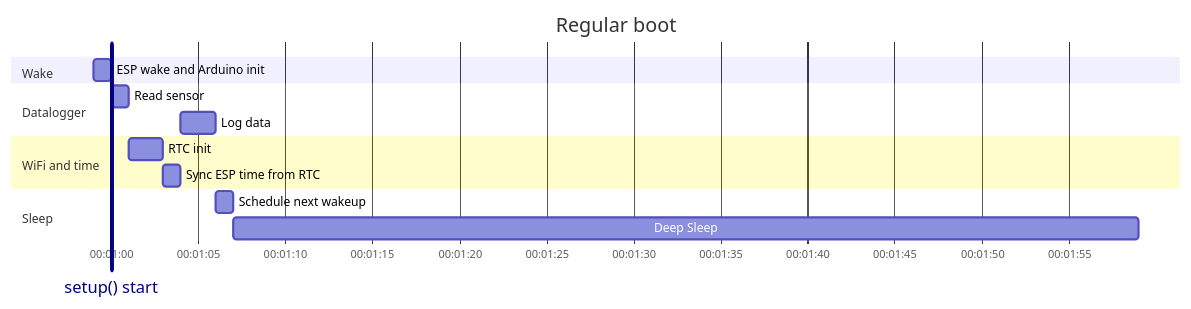
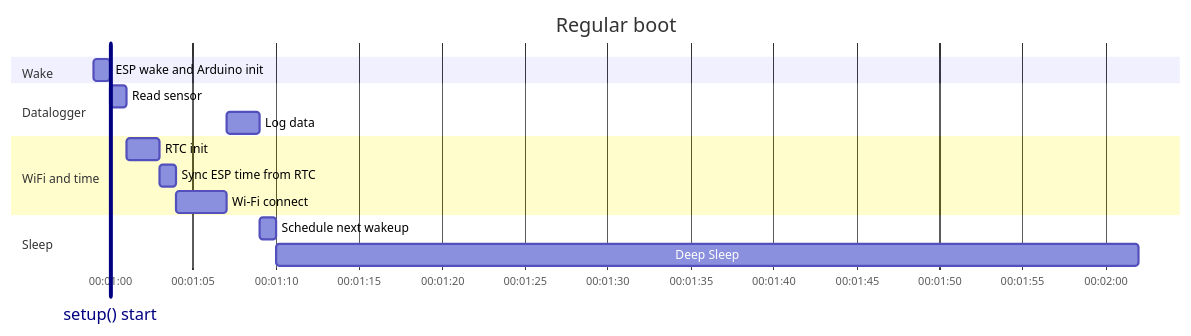
Before and after one commit to hamk-uas/esp32c3-arduino-sensor-iot-skeleton: the second of 3 diagrams in README.md, drawn with Mermaid. The commit also changed other lines of this file, not shown here.

First line of the commit message:
Revise README for log data and Wi-Fi updates

````diff
--- a/README.md
+++ b/README.md
@@ -151,24 +151,25 @@
 ```mermaid
 gantt
     title Regular boot
 
     dateFormat ms
     axisFormat 00:%M:%S
 
     setup() start : vert, setup_start, 2026-01-01T00:01:00, 0s
 
     section Wake
     ESP wake and Arduino init   :wake, 2026-01-01T00:00:59, 1s
 
     section Datalogger
     Read sensor                      :sensor, after wake, 1s
-    Log data                         :log, after espsync, 2s
+    Log data                         :log, after wifi, 2s
 
     section WiFi and time
     RTC init                         :rtc, after sensor, 2s
     Sync ESP time from RTC           :espsync, after rtc, 1s
+    Wi-Fi connect                    :wifi, after espsync, 3s
 
     section Sleep
     Schedule next wakeup             :sleepcalc, after log, 1s
     Deep Sleep                       :sleep, after sleepcalc, 52s
 ```
````
